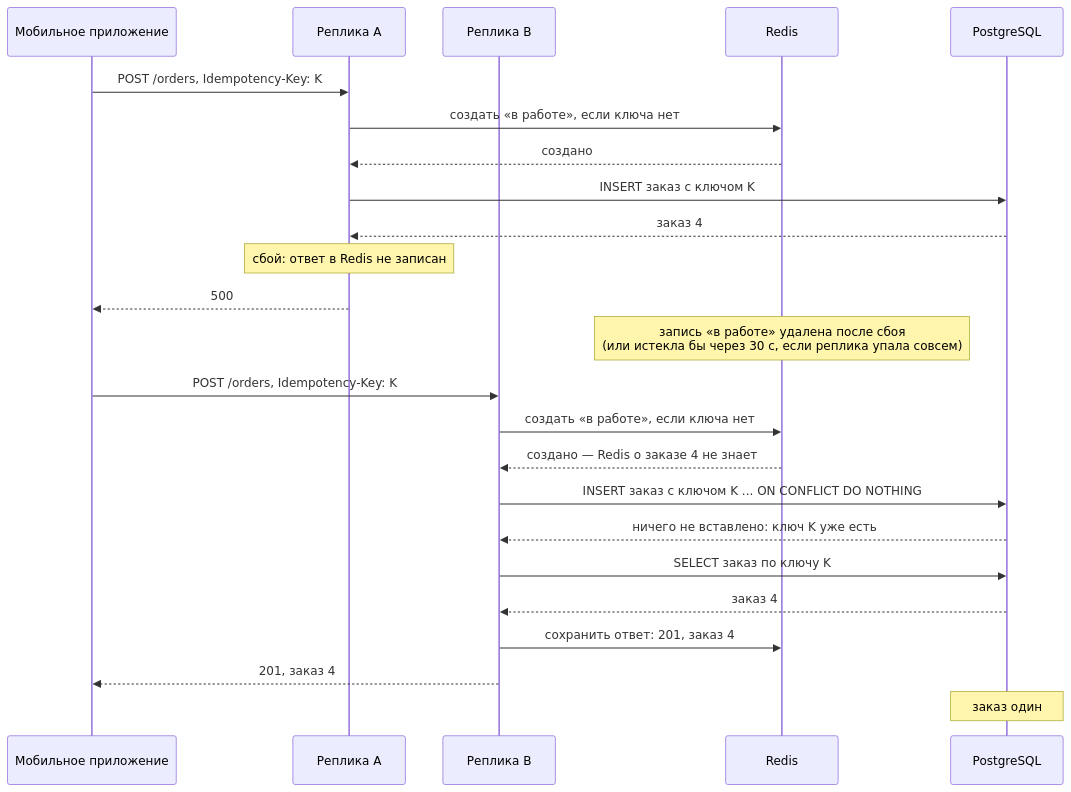
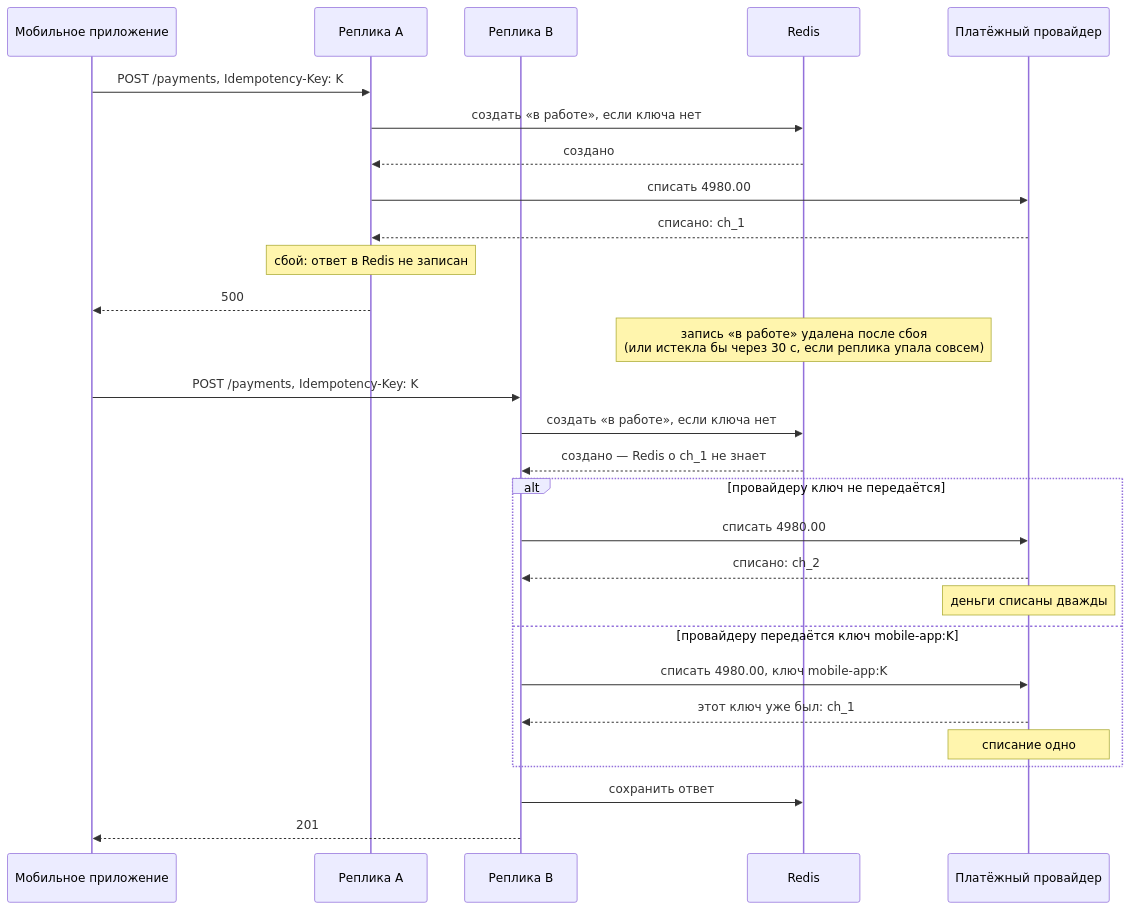
The fifth of 5 diagrams in docs/scenarios/04-idempotency.md (olaaa/redis-patterns-lab), drawn with Mermaid before and after one commit. The commit also changed other lines of this file and 21 other files, not shown here.

````diff
--- a/docs/scenarios/04-idempotency.md
+++ b/docs/scenarios/04-idempotency.md
@@ -233,26 +205,30 @@
 ```mermaid
 sequenceDiagram
     participant C as Мобильное приложение
     participant A as Реплика A
     participant B as Реплика B
     participant R as Redis
-    participant P as PostgreSQL
-    C->>A: POST /orders, Idempotency-Key: K
+    participant X as Платёжный провайдер
+    C->>A: POST /payments, Idempotency-Key: K
     A->>R: создать «в работе», если ключа нет
     R-->>A: создано
-    A->>P: INSERT заказ с ключом K
-    P-->>A: заказ 4
+    A->>X: списать 4980.00
+    X-->>A: списано: ch_1
     Note over A: сбой: ответ в Redis не записан
     A-->>C: 500
     Note over R: запись «в работе» удалена после сбоя<br/>(или истекла бы через 30 с, если реплика упала совсем)
-    C->>B: POST /orders, Idempotency-Key: K
+    C->>B: POST /payments, Idempotency-Key: K
     B->>R: создать «в работе», если ключа нет
-    R-->>B: создано — Redis о заказе 4 не знает
-    B->>P: INSERT заказ с ключом K ... ON CONFLICT DO NOTHING
-    P-->>B: ничего не вставлено: ключ K уже есть
-    B->>P: SELECT заказ по ключу K
-    P-->>B: заказ 4
-    B->>R: сохранить ответ: 201, заказ 4
-    B-->>C: 201, заказ 4
-    Note over P: заказ один
+    R-->>B: создано — Redis о ch_1 не знает
+    alt провайдеру ключ не передаётся
+        B->>X: списать 4980.00
+        X-->>B: списано: ch_2
+        Note over X: деньги списаны дважды
+    else провайдеру передаётся ключ mobile-app:K
+        B->>X: списать 4980.00, ключ mobile-app:K
+        X-->>B: этот ключ уже был: ch_1
+        Note over X: списание одно
+    end
+    B->>R: сохранить ответ
+    B-->>C: 201
 ```
````
